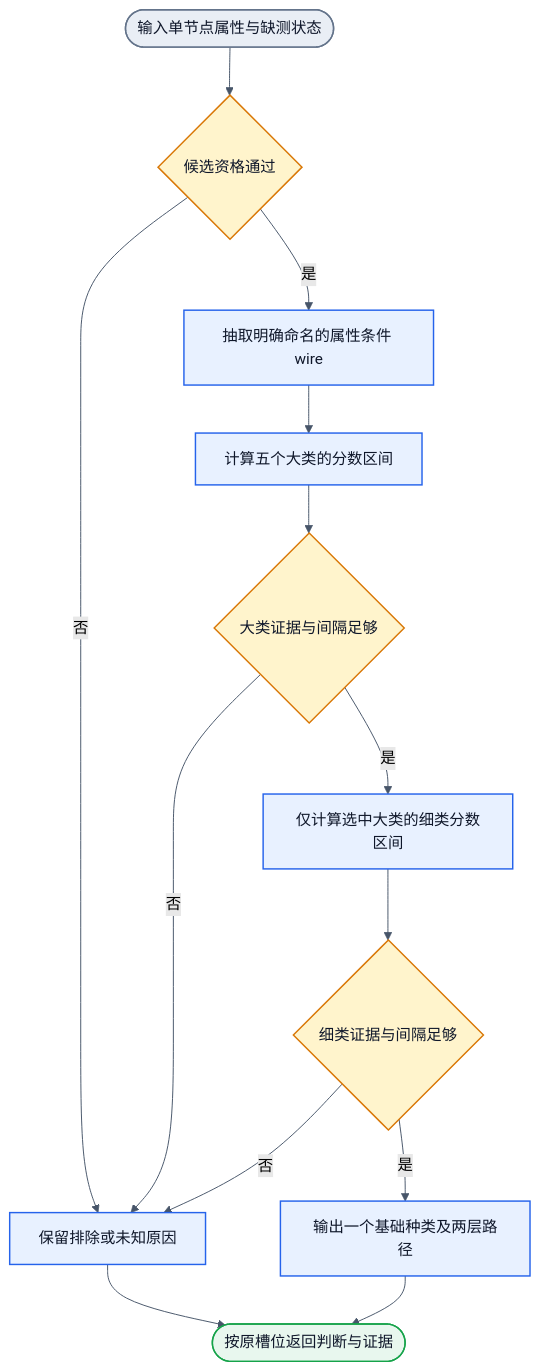
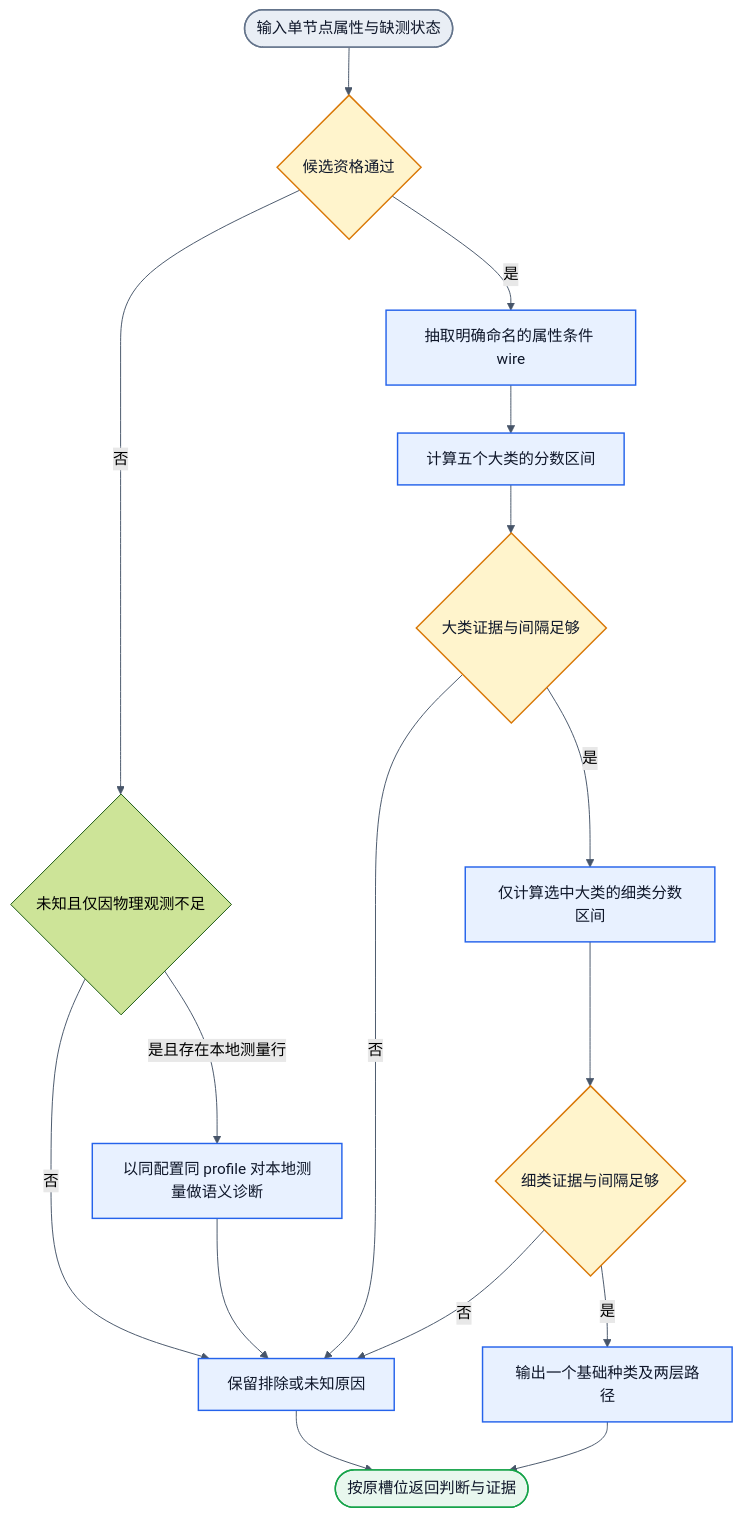
Before and after one commit to Jasonzhangf/NNAnything: the diagram in docs/basic-kinds-wiring.md, drawn with Mermaid (forest theme). The commit also changed other lines of this file and 26 other files, not shown here.

````diff
--- a/docs/basic-kinds-wiring.md
+++ b/docs/basic-kinds-wiring.md
@@ -42,20 +42,23 @@
 ```mermaid
 flowchart TD
   S([输入单节点属性与缺测状态]):::boundary --> G{候选资格通过}:::decision
-  G -->|否| X[保留排除或未知原因]:::action
+  G -->|否| Q{未知且仅因物理观测不足}
+  Q -->|否| X[保留排除或未知原因]:::action
+  Q -->|是且存在本地测量行| G2[以同配置同 profile 对本地测量做语义诊断]:::action
+  G2 --> X
   G -->|是| W[抽取明确命名的属性条件 wire]:::action
   W --> F[计算五个大类的分数区间]:::action
   F --> D{大类证据与间隔足够}:::decision
   D -->|否| X
   D -->|是| L[仅计算选中大类的细类分数区间]:::action
   L --> E{细类证据与间隔足够}:::decision
   E -->|否| X
   E -->|是| Y[输出一个基础种类及两层路径]:::action
   X --> Z([按原槽位返回判断与证据]):::success
   Y --> Z
   classDef boundary fill:#E9EEF5,stroke:#64748B,color:#0F172A,stroke-width:1.5px
   classDef action fill:#E8F1FF,stroke:#2563EB,color:#0F172A,stroke-width:1.5px
   classDef decision fill:#FFF4CC,stroke:#D97706,color:#0F172A,stroke-width:1.5px
   classDef success fill:#E8F7EE,stroke:#16A34A,color:#0F172A,stroke-width:1.5px
   linkStyle default stroke:#475569
 ```
````
